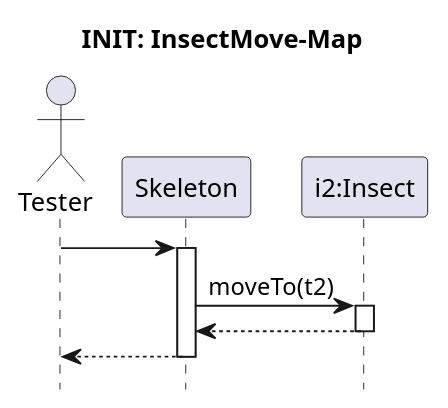
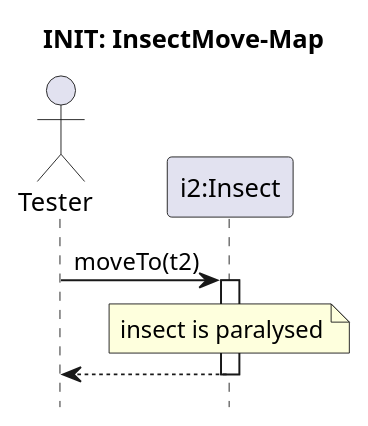
Before and after one commit to ZD4ve/projlab-error521: the diagram in Skeleton/Insect-move/paralysed.pu, drawn with PlantUML. The commit also changed 6 other files, not shown here.

```diff
--- a/Skeleton/Insect-move/paralysed.pu
+++ b/Skeleton/Insect-move/paralysed.pu
@@ -1,18 +1,13 @@
 @startuml Insect-move/paralysed
 hide footbox
 
 title INIT: InsectMove-Map
 
-actor Tester
-'TODO: Skeleton neve :Skeleton vagy csak Skeleton?
-participant Skeleton
+actor Tester as S
 participant "i2:Insect" as insect
 
-'TODO: test case neve
-Tester -> Skeleton 
-activate Skeleton
-Skeleton -> insect : moveTo(t2)
+S -> insect : moveTo(t2)
 activate insect
-return
+note over insect : insect is paralysed
 return
 @enduml
```
